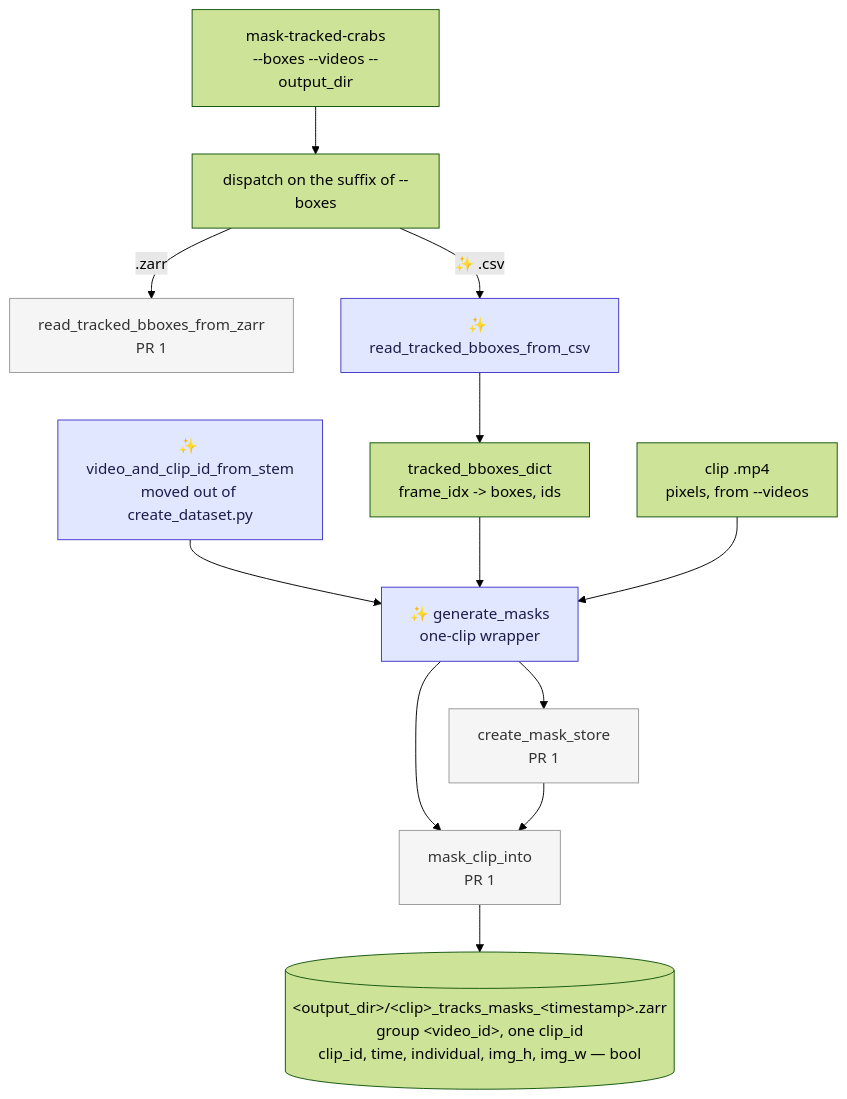
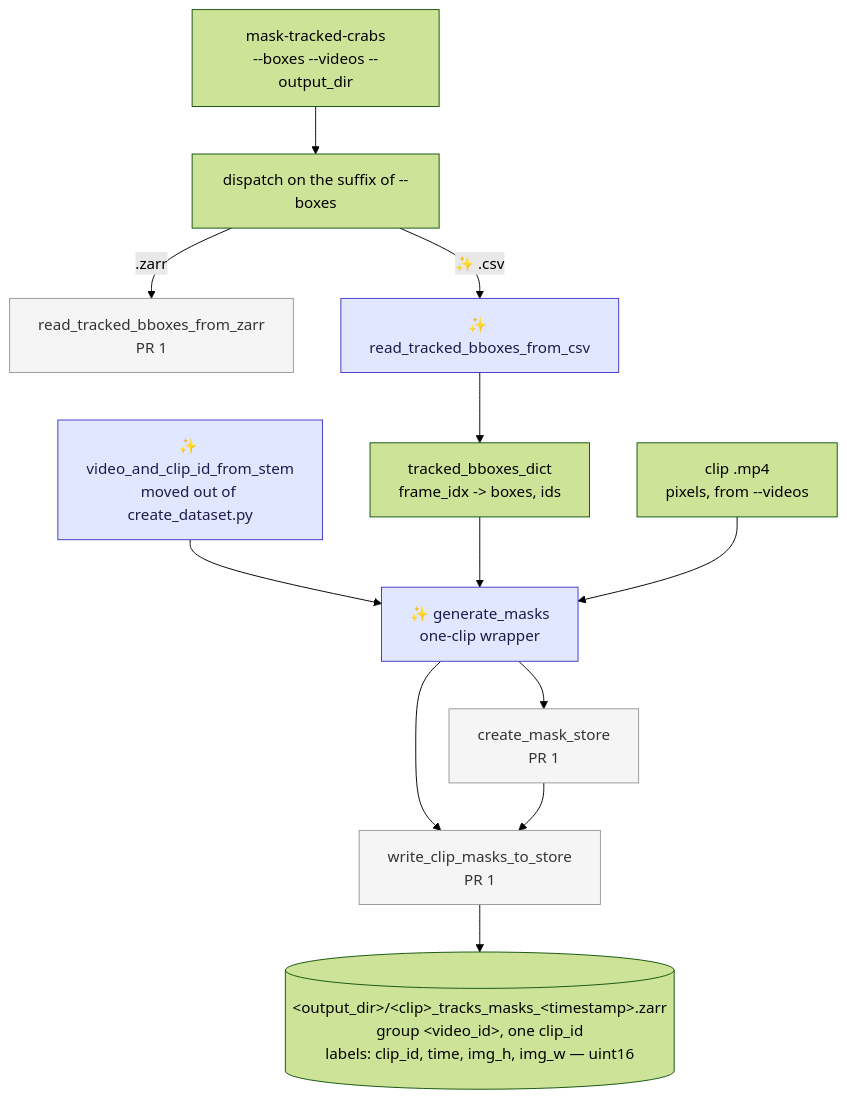
The diagram in claude-plans/proposal-mask-tracked-crabs-from-csv.md (SainsburyWellcomeCentre/crabs-exploration), drawn with Mermaid (forest theme) before and after one commit. The commit also changed other lines of this file and 3 other files, not shown here.

Commit message:
Refine output zarr structure

````diff
--- a/claude-plans/proposal-mask-tracked-crabs-from-csv.md
+++ b/claude-plans/proposal-mask-tracked-crabs-from-csv.md
@@ -18,20 +18,20 @@
 ```mermaid
 flowchart TD
     CLI["mask-tracked-crabs<br/>--boxes --videos --output_dir"] --> DISP["dispatch on the suffix of --boxes"]
     DISP -->|".zarr"| RZ["read_tracked_bboxes_from_zarr<br/>PR 1"]
     DISP -->|"✨ .csv"| RC["✨ read_tracked_bboxes_from_csv"]
     RC --> D["tracked_bboxes_dict<br/>frame_idx -> boxes, ids"]
     ST["✨ video_and_clip_id_from_stem<br/>moved out of create_dataset.py"] --> GM
     D --> GM["✨ generate_masks<br/>one-clip wrapper"]
     V["clip .mp4<br/>pixels, from --videos"] --> GM
     GM --> CS["create_mask_store<br/>PR 1"]
-    GM --> MC["mask_clip_into<br/>PR 1"]
+    GM --> MC["write_clip_masks_to_store<br/>PR 1"]
     CS --> MC
-    MC --> Z[("&lt;output_dir&gt;/&lt;clip&gt;_tracks_masks_&lt;timestamp&gt;.zarr<br/>group &lt;video_id&gt;, one clip_id<br/>clip_id, time, individual, img_h, img_w — bool")]
+    MC --> Z[("&lt;output_dir&gt;/&lt;clip&gt;_tracks_masks_&lt;timestamp&gt;.zarr<br/>group &lt;video_id&gt;, one clip_id<br/>labels: clip_id, time, img_h, img_w — uint16")]
     style RC fill:#e0e7ff,stroke:#4338ca,color:#1e1b4b
     style ST fill:#e0e7ff,stroke:#4338ca,color:#1e1b4b
     style GM fill:#e0e7ff,stroke:#4338ca,color:#1e1b4b
     style RZ fill:#f5f5f5,stroke:#999,color:#333
     style CS fill:#f5f5f5,stroke:#999,color:#333
     style MC fill:#f5f5f5,stroke:#999,color:#333
 ```
````
